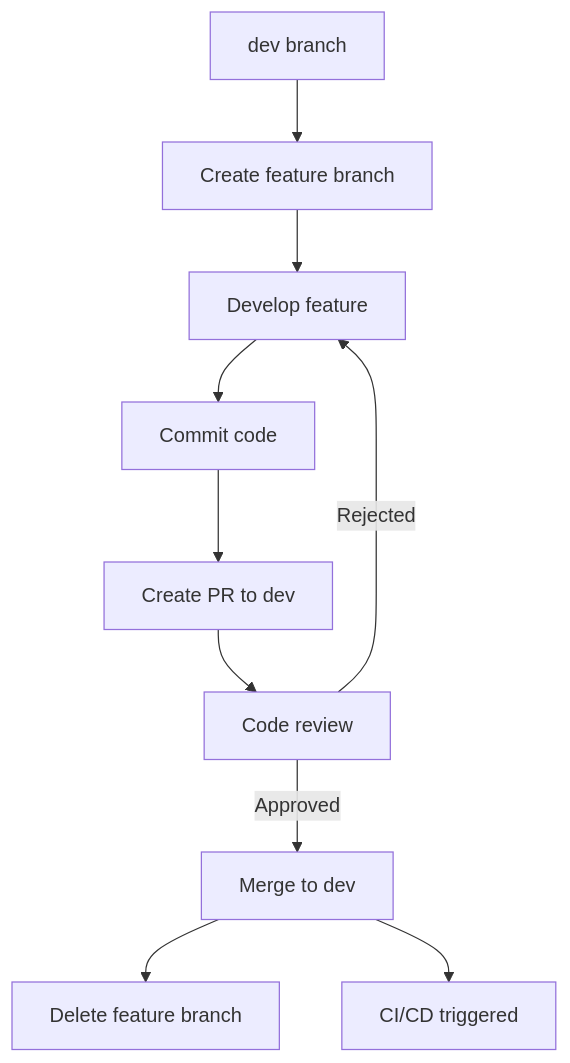
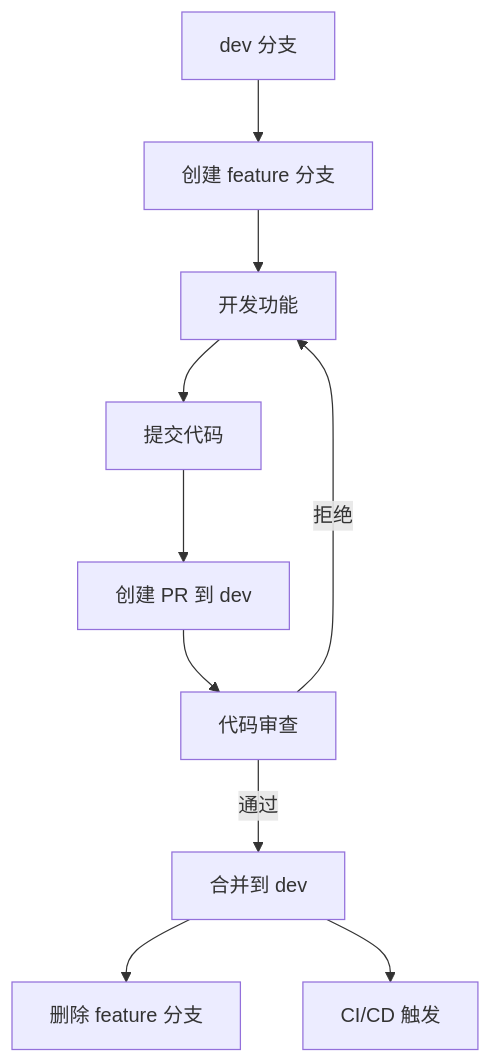
The first of 3 diagrams in docs/src/en/dev/branch-maintenance-guide.md (ChenXu233/YaoXiang), drawn with Mermaid before and after one commit. The commit also changed other lines of this file and 5 other files, not shown here.

````diff
--- a/docs/src/en/dev/branch-maintenance-guide.md
+++ b/docs/src/en/dev/branch-maintenance-guide.md
@@ -153,12 +153,12 @@
 ```mermaid
 graph TD
-    A[dev branch] --> B[Create feature branch]
-    B --> C[Develop feature]
-    C --> D[Commit code]
-    D --> E[Create PR to dev]
-    E --> F[Code review]
-    F -->|Approved| G[Merge to dev]
-    F -->|Rejected| C
-    G --> H[Delete feature branch]
-    G --> I[CI/CD triggered]
+    A[dev 分支] --> B[创建 feature 分支]
+    B --> C[开发功能]
+    C --> D[提交代码]
+    D --> E[创建 PR 到 dev]
+    E --> F[代码审查]
+    F -->|通过| G[合并到 dev]
+    F -->|拒绝| C
+    G --> H[删除 feature 分支]
+    G --> I[CI/CD 触发]
 ```
````
